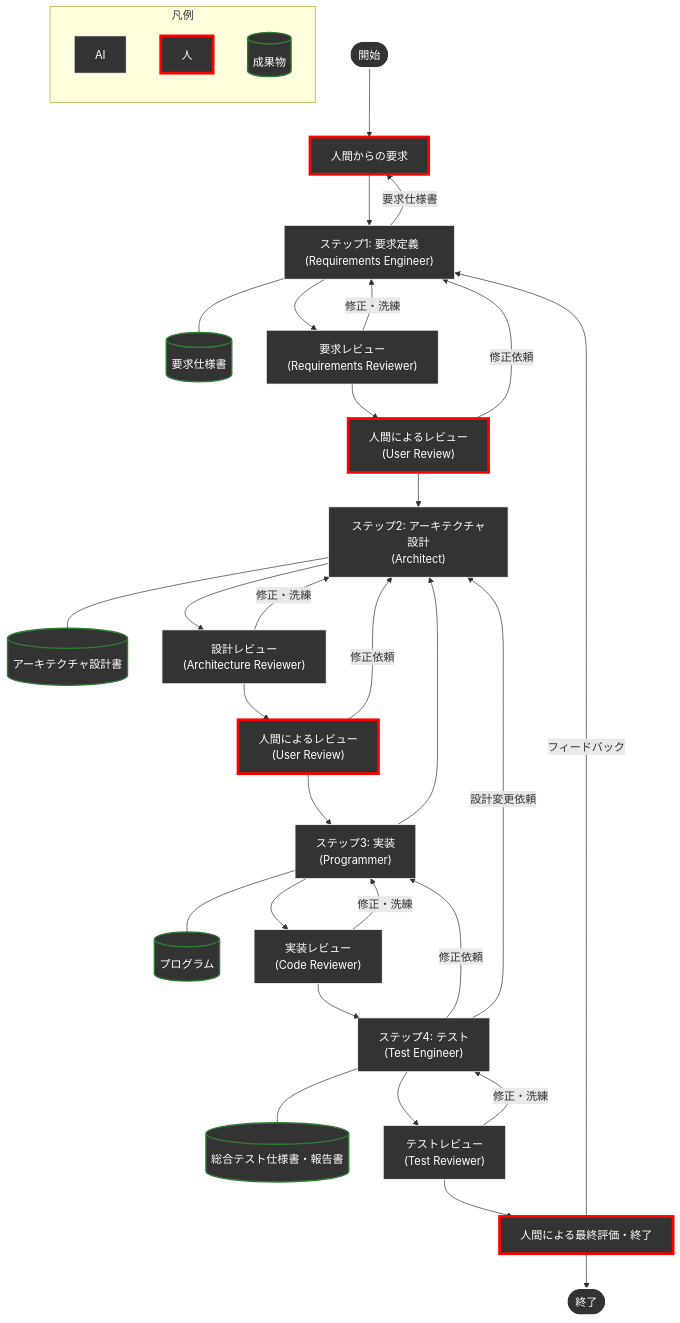
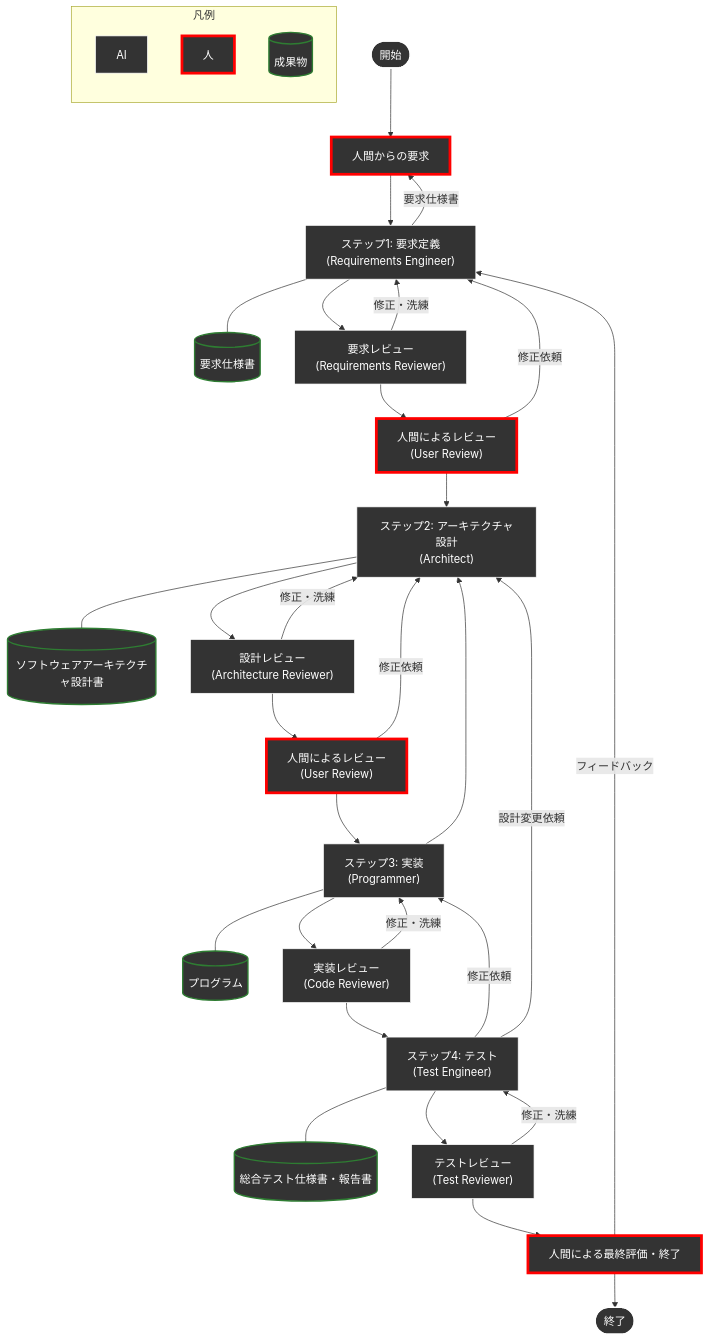
The diagram in README.md (yamaPiT/AntigravityTemplate), drawn with Mermaid before and after one commit. The commit also changed other lines of this file and 6 other files, not shown here.

````diff
--- a/README.md
+++ b/README.md
@@ -23,55 +23,55 @@
 ```mermaid
 graph TD
     Start(["開始"]) --> UserReq["人間からの要求"]
     UserReq["人間からの要求"] --> Req["ステップ1: 要求定義<br>(Requirements Engineer)"]
     Req --- ReqDoc[("要求仕様書")]
     Req -->|要求仕様書| UserReq
     Req --> ReqRev["要求レビュー<br>(Requirements Reviewer)"]
     ReqRev -- 修正・洗練 --> Req
     ReqRev --> ReqHum["人間によるレビュー<br>(User Review)"]
     ReqHum -- 修正依頼 --> Req
     ReqHum --> Arch["ステップ2: アーキテクチャ設計<br>(Architect)"]
     
-    Arch --- ArchDoc[("アーキテクチャ設計書")]
+    Arch --- ArchDoc[("ソフトウェアアーキテクチャ設計書")]
     Arch --> ArchRev["設計レビュー<br>(Architecture Reviewer)"]
     ArchRev -- 修正・洗練 --> Arch
     ArchRev --> ArchHum["人間によるレビュー<br>(User Review)"]
     ArchHum -- 修正依頼 --> Arch
     ArchHum --> Impl["ステップ3: 実装<br>(Programmer)"]
     
     Impl --- ProgDoc[("プログラム")]
     Impl --> ImplRev["実装レビュー<br>(Code Reviewer)"]
     ImplRev -- 修正・洗練 --> Impl
     Impl --> Arch
     ImplRev --> Test["ステップ4: テスト<br>(Test Engineer)"]
     
     Test --- TestDoc[("総合テスト仕様書・報告書")]
     Test --> TestRev["テストレビュー<br>(Test Reviewer)"]
     TestRev -- 修正・洗練 --> Test
     Test -- 修正依頼 --> Impl
     Test -- 設計変更依頼 --> Arch
     
     TestRev --> Approve["人間による最終評価・終了"]
     Approve -->|フィードバック| Req
     Approve --> End(["終了"])
 
     %% スタイル定義 (背景色を尊重し、枠線で役割を完結)
     classDef human fill:#333333,stroke:#ff0000,stroke-width:4px,color:#ffffff;
     classDef agent fill:#333333,stroke:#FFFFFF,stroke-width:1px,color:#ffffff;
     classDef doc fill:#333333,stroke:#2e7d32,stroke-width:2px,color:#ffffff;
     classDef startEnd fill:#333333,stroke:#ffffff,stroke-width:2px,color:#ffffff;
     
     class UserReq,ReqHum,ArchHum,Approve human;
     class Req,ReqRev,Arch,ArchRev,Impl,ImplRev,Test,TestRev agent;
     class ReqDoc,ArchDoc,ProgDoc,TestDoc doc;
     class Start,End startEnd;
 
     %% 凡例 (小型化)
     subgraph Legend ["凡例"]
         direction TB
         L1["AI"]:::agent
         L2["人"]:::human
         L3[("成果物")]:::doc
     end
 
 ```
````
